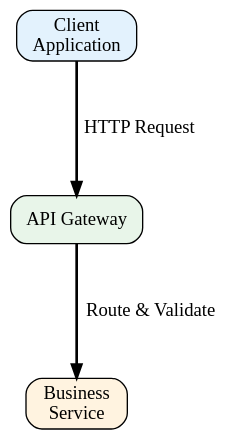
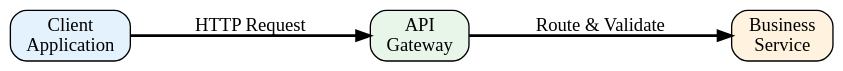
The diagram in software-guides/img/visual-overview.dot (KorayErkan/tw-portfolio), drawn with Graphviz before and after one commit. The commit also changed 5 other files, not shown here.

First line of the commit message:
Update SVG diagrams for version upgrade path and visual overview

```diff
--- a/software-guides/img/visual-overview.dot
+++ b/software-guides/img/visual-overview.dot
@@ -1,12 +1,12 @@
 digraph G {
-  graph [rankdir=TD, splines=false, bgcolor="transparent", nodesep=1.2, ranksep=1.2];
+  graph [rankdir=LR, splines=true, bgcolor="transparent", nodesep=1.2, ranksep=1.2];
   node [shape=box, style="rounded,filled", fontname="Calibri", fontsize=14];
   edge [arrowsize=1.0, penwidth=2, fontname="Calibri", fontsize=14];
 
   client [label="Client\nApplication", fillcolor="#e3f2fd"];
-  apigw [label="API Gateway", fillcolor="#e8f5e9"];
+  apigw [label="API\nGateway", fillcolor="#e8f5e9"];
   service [label="Business\nService", fillcolor="#fff3e0"];
 
   client -> apigw [label="HTTP Request"];
   apigw -> service [label="Route & Validate"];
 }
```
